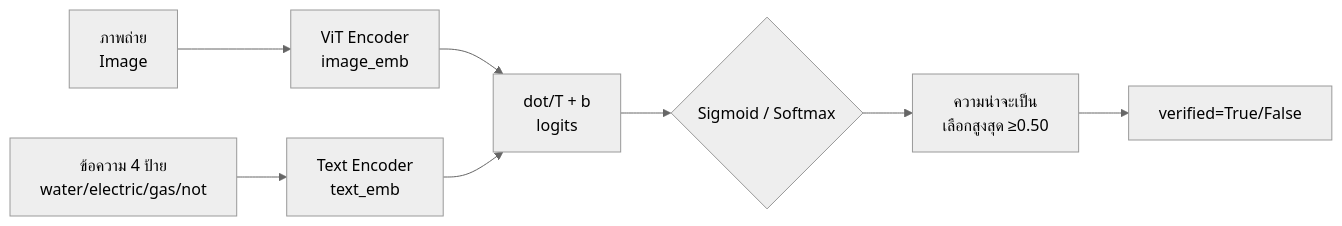
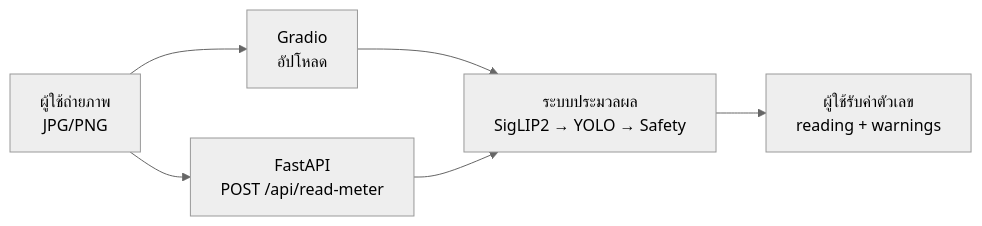
Before and after one commit to jirathxz/meter-reader: the first of 2 diagrams in TUTORIAL.md, drawn with Mermaid (neutral theme). The commit also changed other lines of this file, not shown here.

Commit message:
docs: apply analysis_tutorial.md all 6 fixes - Ch1 intro 1.1-1.6, theory series, library table, User Flow, Ch2 related systems/SDLC, SVO (v2.0)

````diff
--- a/TUTORIAL.md
+++ b/TUTORIAL.md
@@ -253,10 +294,8 @@
 ```mermaid
 flowchart LR
-  A["ภาพถ่าย<br/>Image"] --> B["ViT Encoder<br/>image_emb"]
-  C["ข้อความ 4 ป้าย<br/>water/electric/gas/not"] --> D["Text Encoder<br/>text_emb"]
-  B --> E["dot/T + b<br/>logits"]
-  D --> E
-  E --> F{"Sigmoid / Softmax"}
-  F --> G["ความน่าจะเป็น<br/>เลือกสูงสุด ≥0.50"]
-  G --> H["verified=True/False"]
+  U["ผู้ใช้ถ่ายภาพ<br/>JPG/PNG"] --> G["Gradio<br/>อัปโหลด"]
+  U --> F["FastAPI<br/>POST /api/read-meter"]
+  G --> P["ระบบประมวลผล<br/>SigLIP2 → YOLO → Safety"]
+  F --> P
+  P --> R["ผู้ใช้รับค่าตัวเลข<br/>reading + warnings"]
 ```
````
